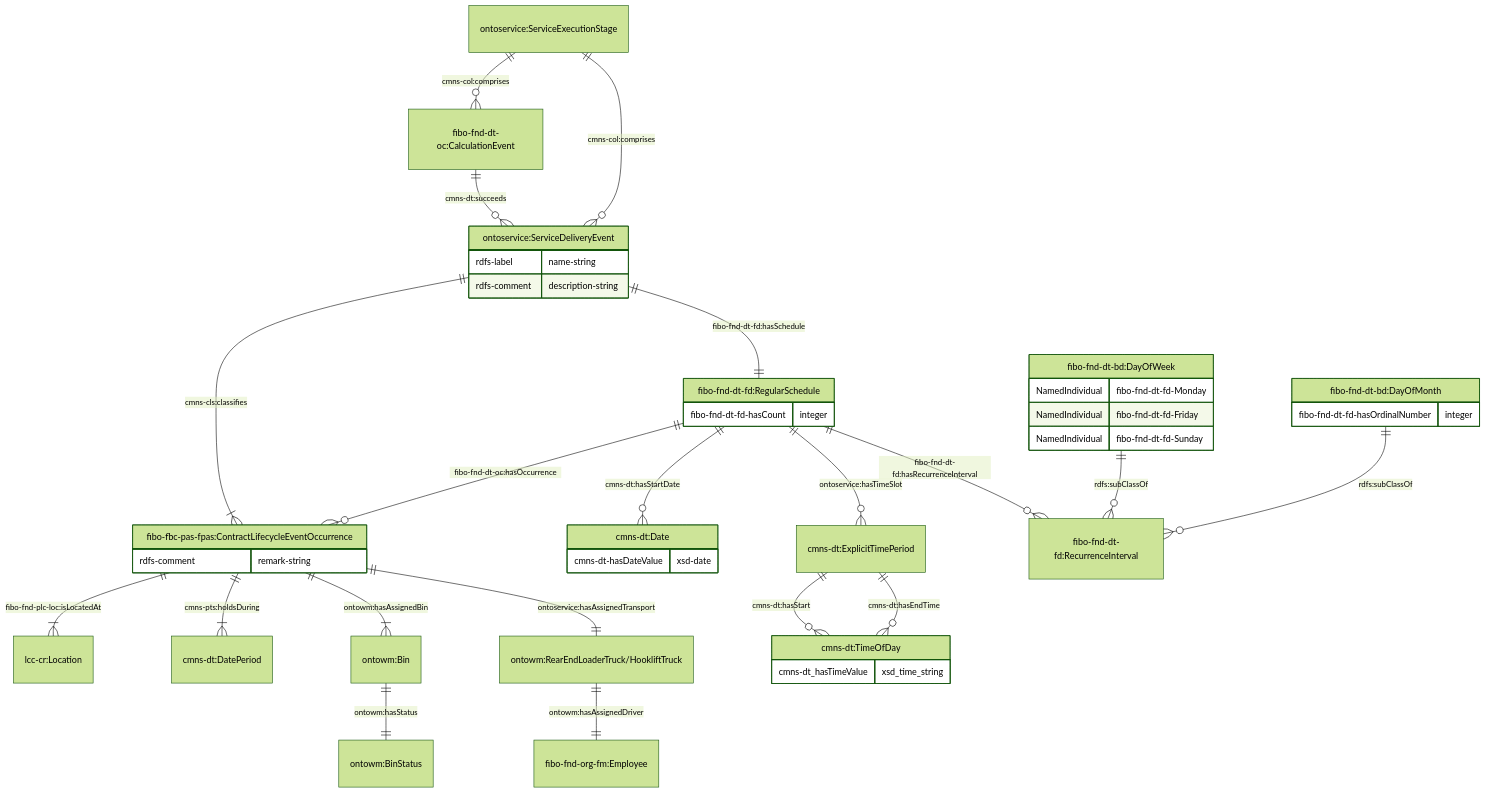
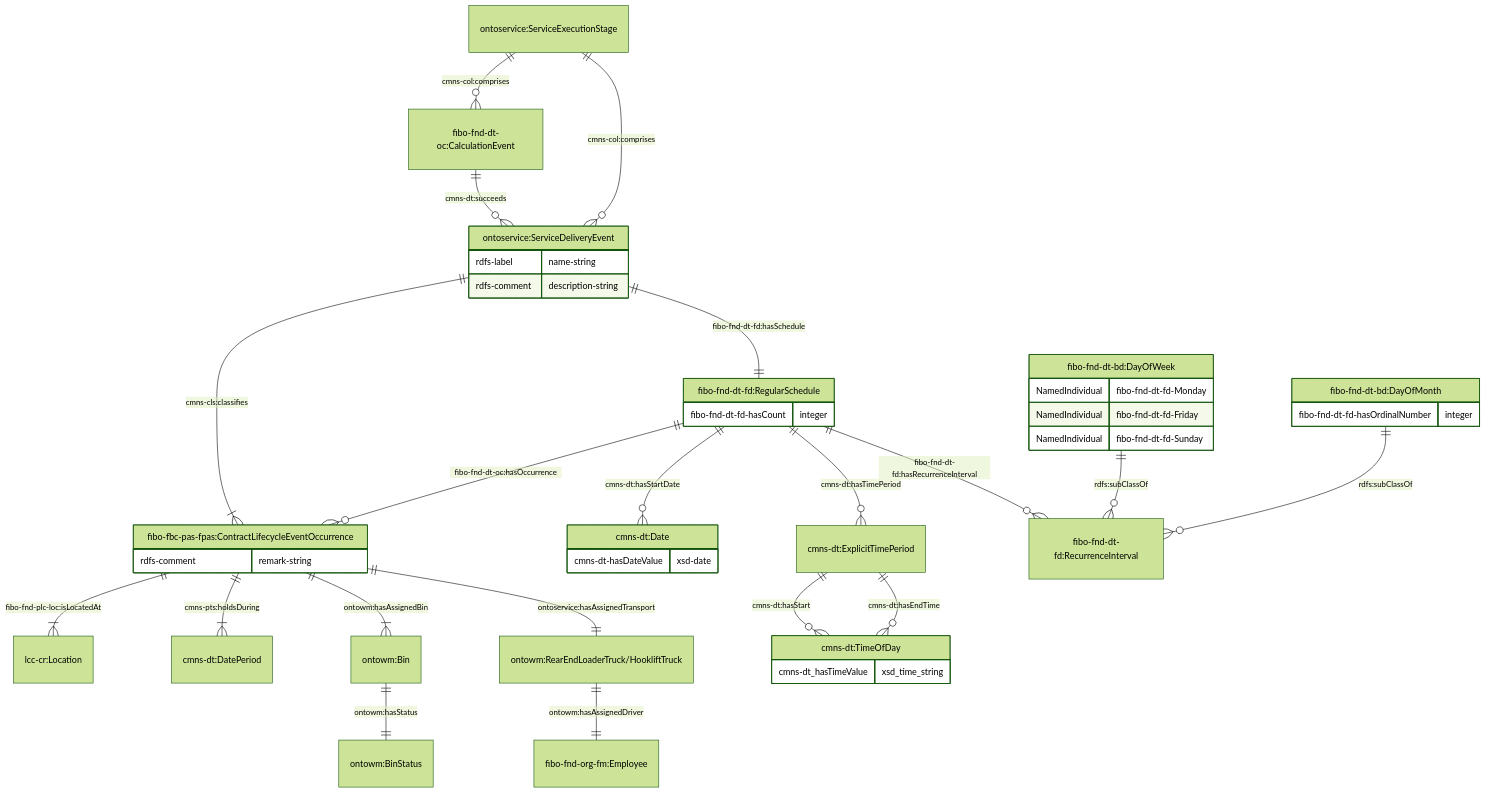
The fifth of 11 diagrams in JPS_Ontology/ontology/ontowastemanagement/README.md (cambridge-cares/TheWorldAvatar), drawn with Mermaid (forest theme) before and after one commit. The commit also changed 3 other files, not shown here.

Commit message:
dev-ontowastemanagement: Use of hasTimePeriod instead of hasTimeSlot from ontoservice

````diff
--- a/JPS_Ontology/ontology/ontowastemanagement/README.md
+++ b/JPS_Ontology/ontology/ontowastemanagement/README.md
@@ -233,52 +233,52 @@
 ```mermaid
     erDiagram
     "ontoservice:ServiceExecutionStage" ||--o{ "fibo-fnd-dt-oc:CalculationEvent" : "cmns-col:comprises"
     "fibo-fnd-dt-oc:CalculationEvent" ||--o{ "ontoservice:ServiceDeliveryEvent" : "cmns-dt:succeeds"
     "ontoservice:ServiceExecutionStage" ||--o{ "ontoservice:ServiceDeliveryEvent" : "cmns-col:comprises"
     "ontoservice:ServiceDeliveryEvent" {
         rdfs-label name-string
         rdfs-comment description-string
     }
 
     "ontoservice:ServiceDeliveryEvent" ||--|{ "fibo-fbc-pas-fpas:ContractLifecycleEventOccurrence" : "cmns-cls:classifies"
 
     "fibo-fbc-pas-fpas:ContractLifecycleEventOccurrence" ||--|{ "lcc-cr:Location" : "fibo-fnd-plc-loc:isLocatedAt"
     "fibo-fbc-pas-fpas:ContractLifecycleEventOccurrence" ||--|{ " cmns-dt:DatePeriod" : "cmns-pts:holdsDuring"
     "fibo-fbc-pas-fpas:ContractLifecycleEventOccurrence" {
         rdfs-comment remark-string
     }
 
     "fibo-fbc-pas-fpas:ContractLifecycleEventOccurrence" ||--|{ "ontowm:Bin" : "ontowm:hasAssignedBin"
     "ontowm:Bin" ||--|| "ontowm:BinStatus" : "ontowm:hasStatus"
 
     "fibo-fbc-pas-fpas:ContractLifecycleEventOccurrence" ||--|| "ontowm:RearEndLoaderTruck/HookliftTruck" : "ontoservice:hasAssignedTransport"
     "ontowm:RearEndLoaderTruck/HookliftTruck" ||--|| "fibo-fnd-org-fm:Employee" : "ontowm:hasAssignedDriver"
 
     "ontoservice:ServiceDeliveryEvent" ||--|| "fibo-fnd-dt-fd:RegularSchedule" : "fibo-fnd-dt-fd:hasSchedule"
      "fibo-fnd-dt-fd:RegularSchedule" ||--o{ "fibo-fbc-pas-fpas:ContractLifecycleEventOccurrence" : "fibo-fnd-dt-oc:hasOccurrence"
     "fibo-fnd-dt-fd:RegularSchedule" {
         fibo-fnd-dt-fd-hasCount integer
     }
 
     "fibo-fnd-dt-fd:RegularSchedule" ||--o{ "cmns-dt:Date" : "cmns-dt:hasStartDate"
     "cmns-dt:Date" {
         cmns-dt-hasDateValue xsd-date
     }
-    "fibo-fnd-dt-fd:RegularSchedule" ||--o{ "cmns-dt:ExplicitTimePeriod" : "ontoservice:hasTimeSlot"
+    "fibo-fnd-dt-fd:RegularSchedule" ||--o{ "cmns-dt:ExplicitTimePeriod" : "cmns-dt:hasTimePeriod"
     "cmns-dt:ExplicitTimePeriod" ||--o{ "cmns-dt:TimeOfDay" : "cmns-dt:hasStart"
     "cmns-dt:ExplicitTimePeriod" ||--o{ "cmns-dt:TimeOfDay" : "cmns-dt:hasEndTime"
     "cmns-dt:TimeOfDay" {
         cmns-dt_hasTimeValue xsd_time_string
     }
     "fibo-fnd-dt-fd:RegularSchedule" ||--o{ "fibo-fnd-dt-fd:RecurrenceInterval" : "fibo-fnd-dt-fd:hasRecurrenceInterval"
     "fibo-fnd-dt-bd:DayOfWeek" ||--o{ "fibo-fnd-dt-fd:RecurrenceInterval" : "rdfs:subClassOf"
     "fibo-fnd-dt-bd:DayOfWeek" {
         NamedIndividual fibo-fnd-dt-fd-Monday
         NamedIndividual fibo-fnd-dt-fd-Friday
         NamedIndividual fibo-fnd-dt-fd-Sunday
     }
     "fibo-fnd-dt-bd:DayOfMonth" ||--o{ "fibo-fnd-dt-fd:RecurrenceInterval" : "rdfs:subClassOf"
     "fibo-fnd-dt-bd:DayOfMonth" {
         fibo-fnd-dt-fd-hasOrdinalNumber integer
     }
 ```
````
